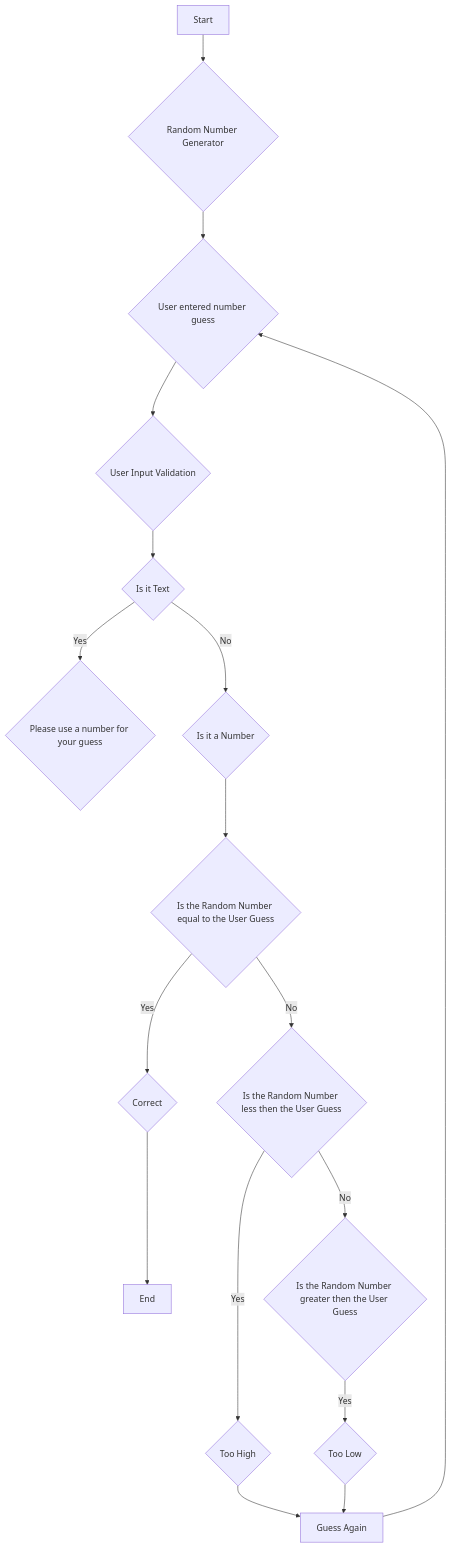
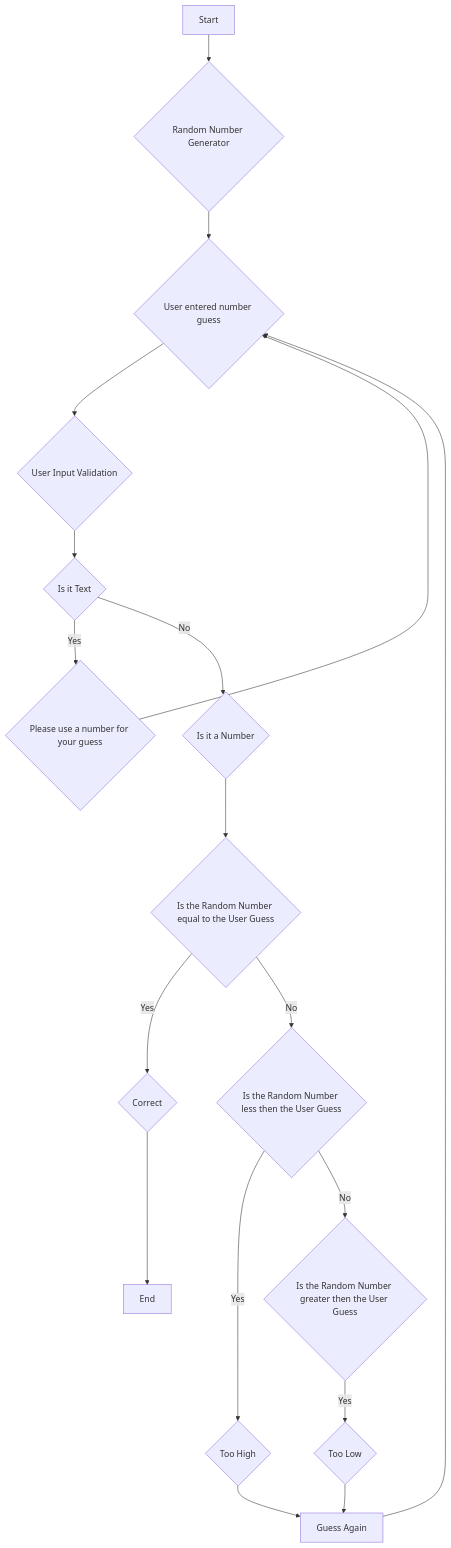
Before and after one commit to mewald19/guessinggame.github.io: the diagram in README.md, drawn with Mermaid.

Commit message:
Update README.md
adding details

````diff
--- a/README.md
+++ b/README.md
@@ -2,16 +2,17 @@
 ```mermaid
 
 flowchart TD
     A[Start] --> B{Random Number Generator} --> C{User entered number guess} -->D{User Input Validation} --> E{Is it Text}
     E -- Yes --> O{Please use a number for your guess}
+    O --> C
     E -- No --> F{Is it a Number}
     F --> G{Is the Random Number equal to the User Guess}
     G -- Yes -->  H{Correct}
     G -- No --> I{Is the Random Number less then the User Guess}
     I -- Yes --> J{Too High}
     I -- No --> K{Is the Random Number greater then the User Guess}
     K -- Yes --> L{Too Low}
     J & L --> M[Guess Again]
     M --> C
     H --> N[End]
 ```
````
